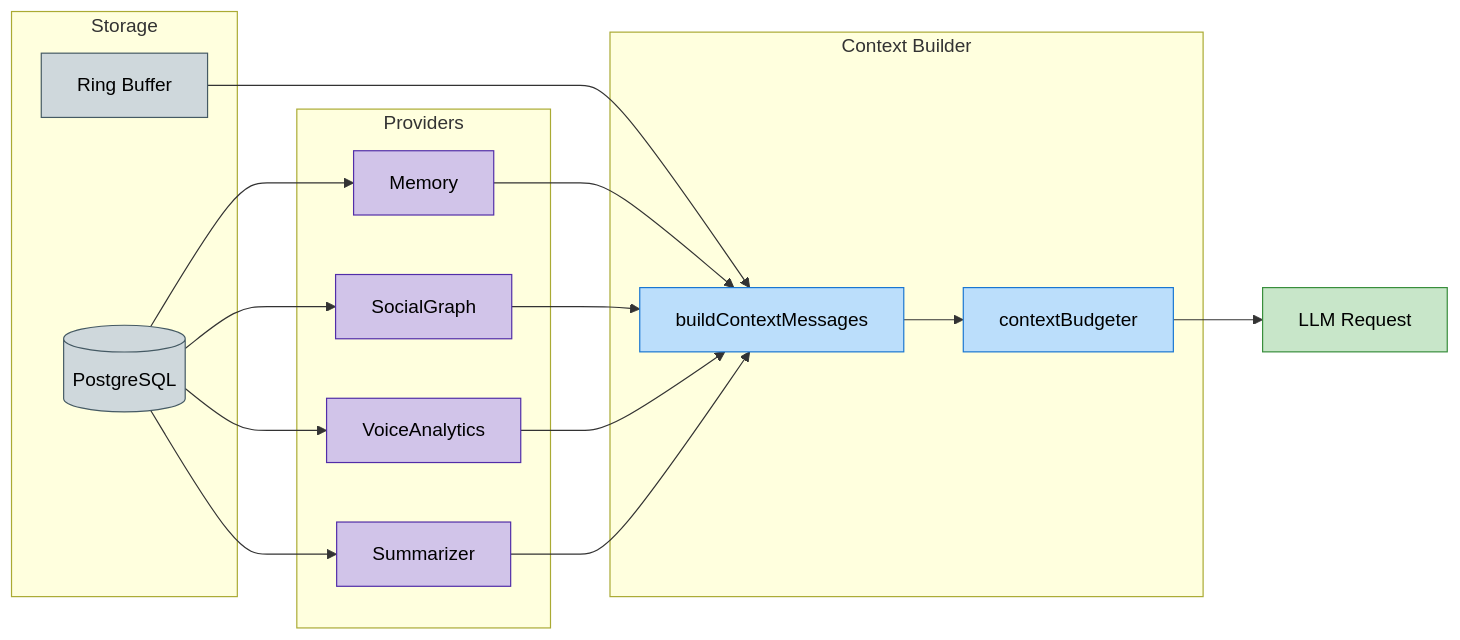
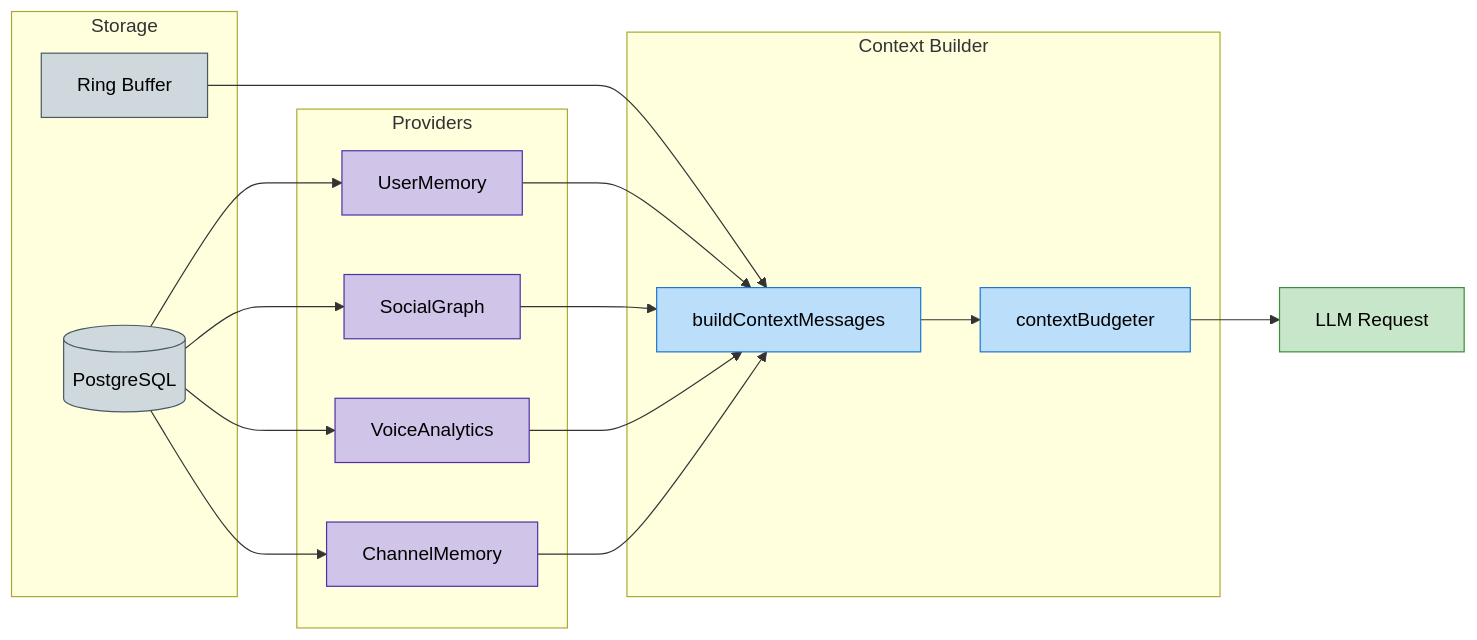
The diagram in docs/architecture/MEMORY.md (BokX1/Sage), drawn with Mermaid before and after one commit. The commit also changed other lines of this file and 27 other files, not shown here.

Commit message:
refactor: enforce channel memory baseline and remove legacy provider aliases

````diff
--- a/docs/architecture/MEMORY.md
+++ b/docs/architecture/MEMORY.md
@@ -55,35 +55,35 @@
 ```mermaid
 flowchart LR
     classDef storage fill:#cfd8dc,stroke:#455a64,color:black
     classDef provider fill:#d1c4e9,stroke:#512da8,color:black
     classDef builder fill:#bbdefb,stroke:#1976d2,color:black
     classDef llm fill:#c8e6c9,stroke:#388e3c,color:black
 
     subgraph Storage
         DB[(PostgreSQL)]:::storage
         RB[Ring Buffer]:::storage
     end
 
     subgraph Providers
-        MP[Memory]:::provider
+        MP[UserMemory]:::provider
         SP[SocialGraph]:::provider
         VP[VoiceAnalytics]:::provider
-        SU[Summarizer]:::provider
+        SU[ChannelMemory]:::provider
     end
 
     subgraph Context_Builder["Context Builder"]
         MB[buildContextMessages]:::builder
         Budget[contextBudgeter]:::builder
     end
 
     DB --> MP
     DB --> SP
     DB --> VP
     DB --> SU
     RB --> MB
     MP --> MB
     SP --> MB
     VP --> MB
     SU --> MB
     MB --> Budget --> LLM[LLM Request]:::llm
 ```
````
